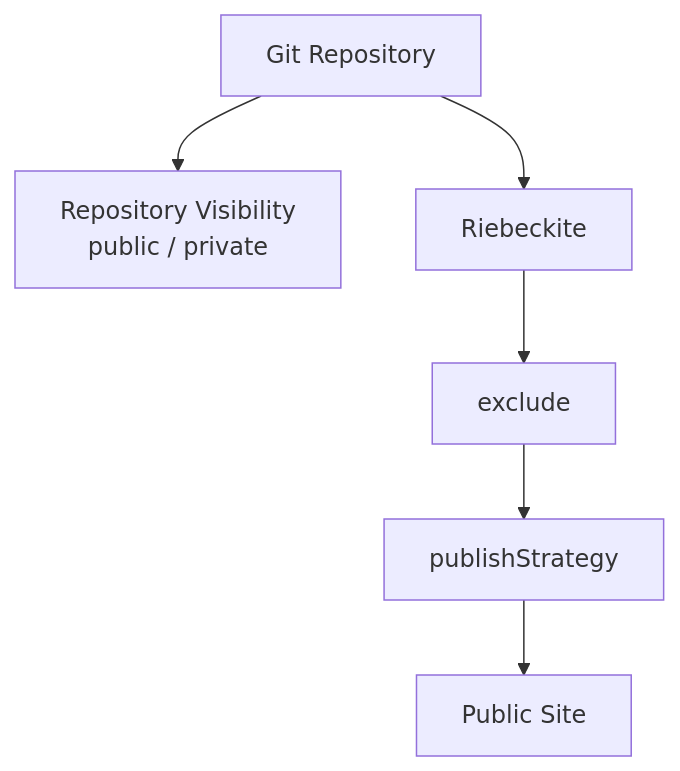
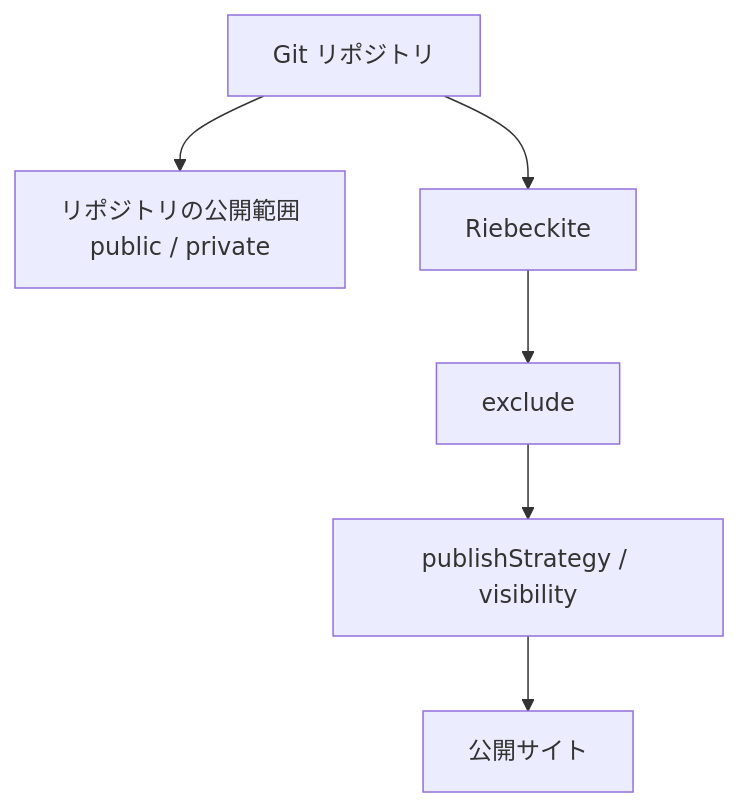
Before and after one commit to Rerurate514/riebeckite: the seventh of 10 diagrams in docs/docs/guides/content-repositories.ja.md, drawn with Mermaid. The commit also changed other lines of this file and 3 other files, not shown here.

````diff
--- a/docs/docs/guides/content-repositories.ja.md
+++ b/docs/docs/guides/content-repositories.ja.md
@@ -796,12 +434,12 @@
 ```mermaid
 flowchart TD
-    Repo["Git Repository"]
+    Repo["Git リポジトリ"]
 
-    Repo --> RepoVisibility["Repository Visibility<br/>public / private"]
+    Repo --> RepoVisibility["リポジトリの公開範囲<br/>public / private"]
 
     Repo --> Riebeckite["Riebeckite"]
 
     Riebeckite --> Exclude["exclude"]
-    Exclude --> Strategy["publishStrategy"]
-    Strategy --> Site["Public Site"]
+    Exclude --> Strategy["publishStrategy / visibility"]
+    Strategy --> Site["公開サイト"]
 ```
````
